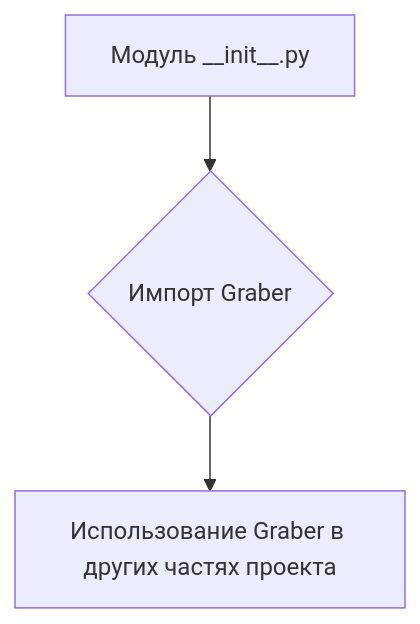
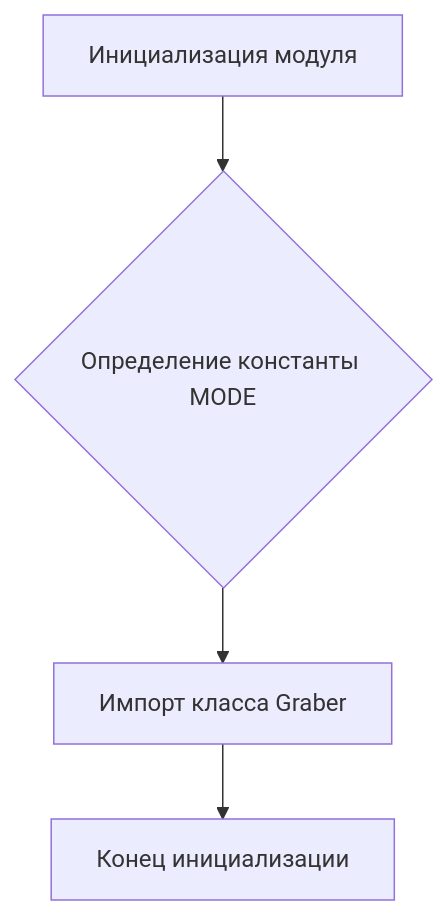
Before and after one commit to hypo69/hypo: the first of 2 diagrams in docs/gemini/ru/explainer/src/suppliers/cdata/__init__.md, drawn with Mermaid. The commit also changed other lines of this file and 468 other files, not shown here.

````diff
--- a/docs/gemini/ru/explainer/src/suppliers/cdata/__init__.md
+++ b/docs/gemini/ru/explainer/src/suppliers/cdata/__init__.md
@@ -27,5 +26,6 @@
 ```mermaid
 graph TD
-    A[Модуль __init__.py] --> B{Импорт Graber};
-    B --> C[Использование Graber в других частях проекта];
+    A[Инициализация модуля] --> B{Определение константы MODE};
+    B --> C[Импорт класса Graber];
+    C --> D[Конец инициализации];
 ```
````
